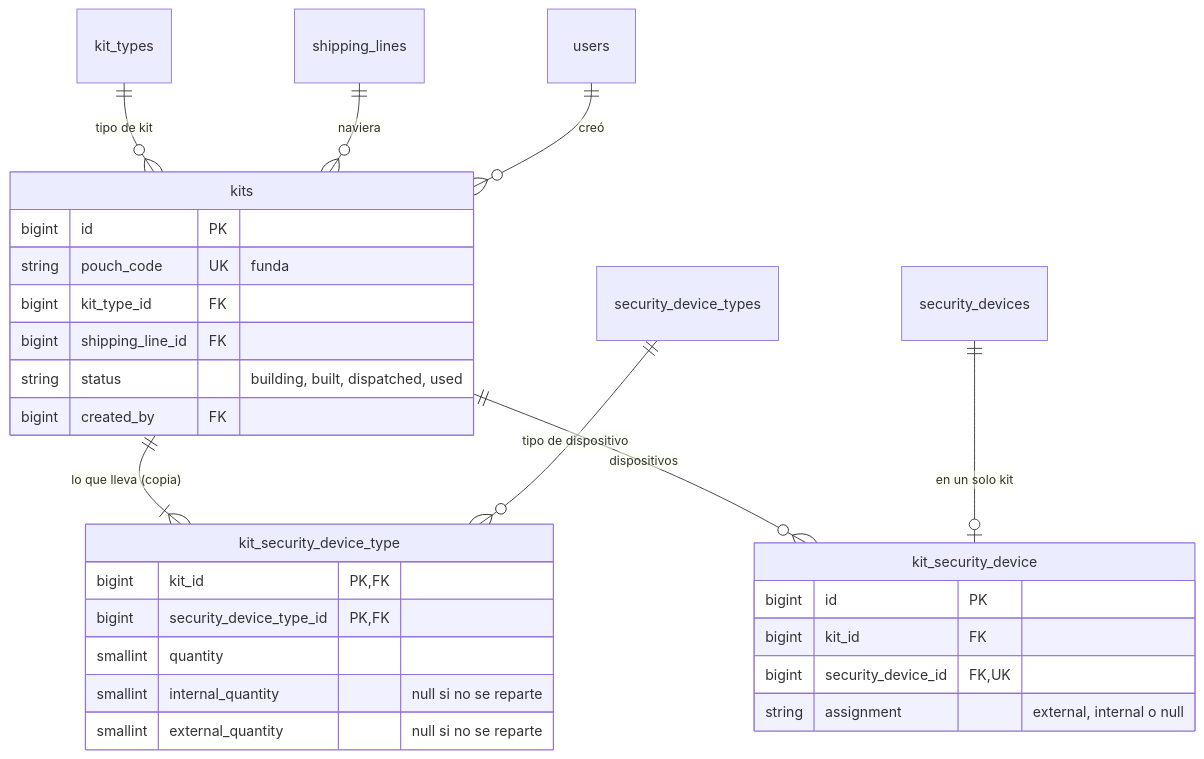
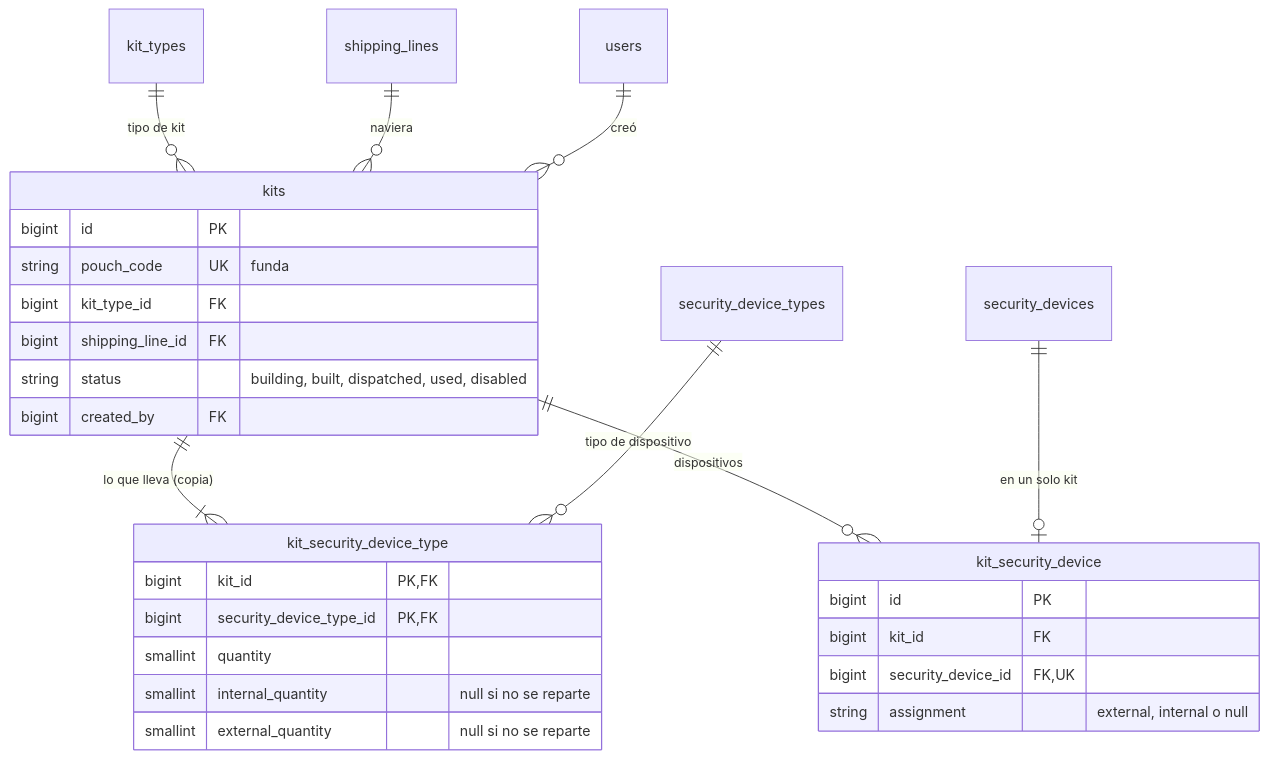
Before and after one commit to Cerati1998/SIGLA-TOS: the seventh of 12 diagrams in docs/database.md, drawn with Mermaid. The commit also changed other lines of this file and 20 other files, not shown here.

````diff
--- a/docs/database.md
+++ b/docs/database.md
@@ -332,32 +332,32 @@
 ```mermaid
 erDiagram
   kit_types ||--o{ kits : "tipo de kit"
   shipping_lines ||--o{ kits : "naviera"
   users ||--o{ kits : "creó"
   kits ||--|{ kit_security_device_type : "lo que lleva (copia)"
   security_device_types ||--o{ kit_security_device_type : "tipo de dispositivo"
   kits ||--o{ kit_security_device : "dispositivos"
   security_devices ||--o| kit_security_device : "en un solo kit"
 
   kits {
     bigint id PK
     string pouch_code UK "funda"
     bigint kit_type_id FK
     bigint shipping_line_id FK
-    string status "building, built, dispatched, used"
+    string status "building, built, dispatched, used, disabled"
     bigint created_by FK
   }
   kit_security_device_type {
     bigint kit_id PK, FK
     bigint security_device_type_id PK, FK
     smallint quantity
     smallint internal_quantity "null si no se reparte"
     smallint external_quantity "null si no se reparte"
   }
   kit_security_device {
     bigint id PK
     bigint kit_id FK
     bigint security_device_id FK, UK
     string assignment "external, internal o null"
   }
 ```
````
